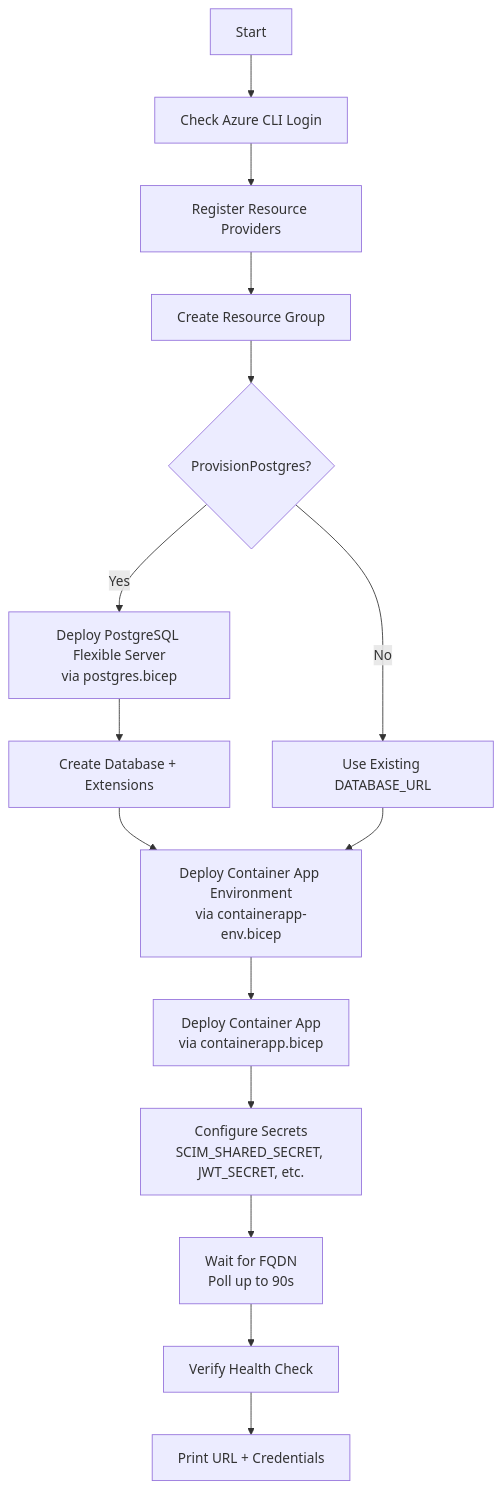
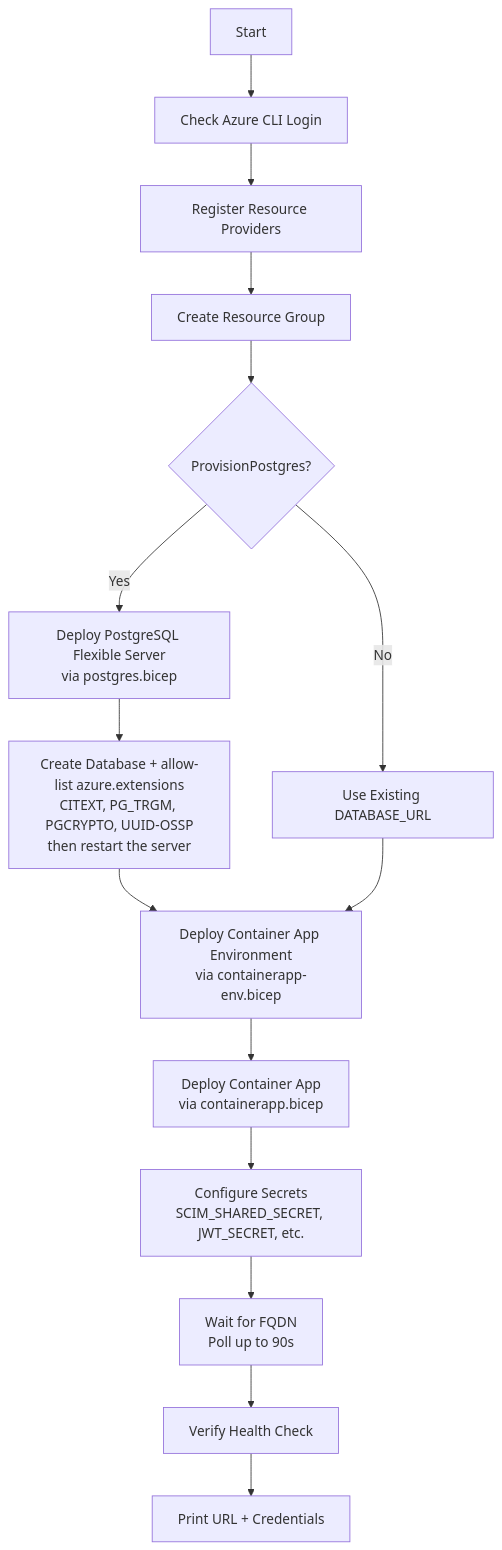
Before and after one commit to pranems/SCIMServer: the second of 3 diagrams in docs/AZURE_DEPLOYMENT_AND_USAGE_GUIDE.md, drawn with Mermaid. The commit also changed other lines of this file and 1 other file, not shown here.

First paragraph of the commit message:
docs: PostgreSQL extension allow-list in the user-facing set (F4 gate)
The F4 coupling check blocked the push: scripts/deploy-azure.ps1 changed
and the two user-facing docs bound to it did not.

````diff
--- a/docs/AZURE_DEPLOYMENT_AND_USAGE_GUIDE.md
+++ b/docs/AZURE_DEPLOYMENT_AND_USAGE_GUIDE.md
@@ -127,17 +127,17 @@
 ```mermaid
 flowchart TD
     A[Start] --> B[Check Azure CLI Login]
     B --> C[Register Resource Providers]
     C --> D[Create Resource Group]
     D --> E{ProvisionPostgres?}
     E -->|Yes| F[Deploy PostgreSQL Flexible Server<br>via postgres.bicep]
-    F --> G[Create Database + Extensions]
+    F --> G["Create Database + allow-list azure.extensions<br>CITEXT, PG_TRGM, PGCRYPTO, UUID-OSSP<br>then restart the server"]
     E -->|No| H[Use Existing DATABASE_URL]
     G --> I[Deploy Container App Environment<br>via containerapp-env.bicep]
     H --> I
     I --> J[Deploy Container App<br>via containerapp.bicep]
     J --> K[Configure Secrets<br>SCIM_SHARED_SECRET, JWT_SECRET, etc.]
     K --> L[Wait for FQDN<br>Poll up to 90s]
     L --> M[Verify Health Check]
     M --> N[Print URL + Credentials]
 ```
````
